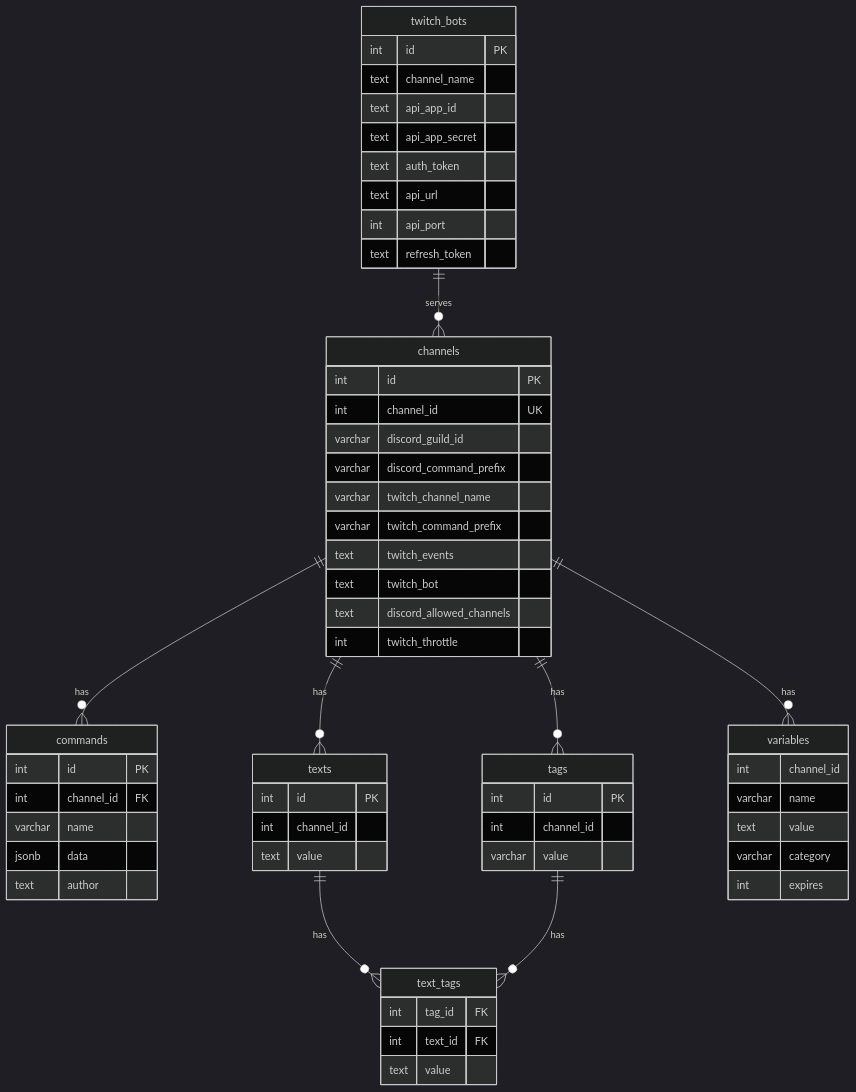
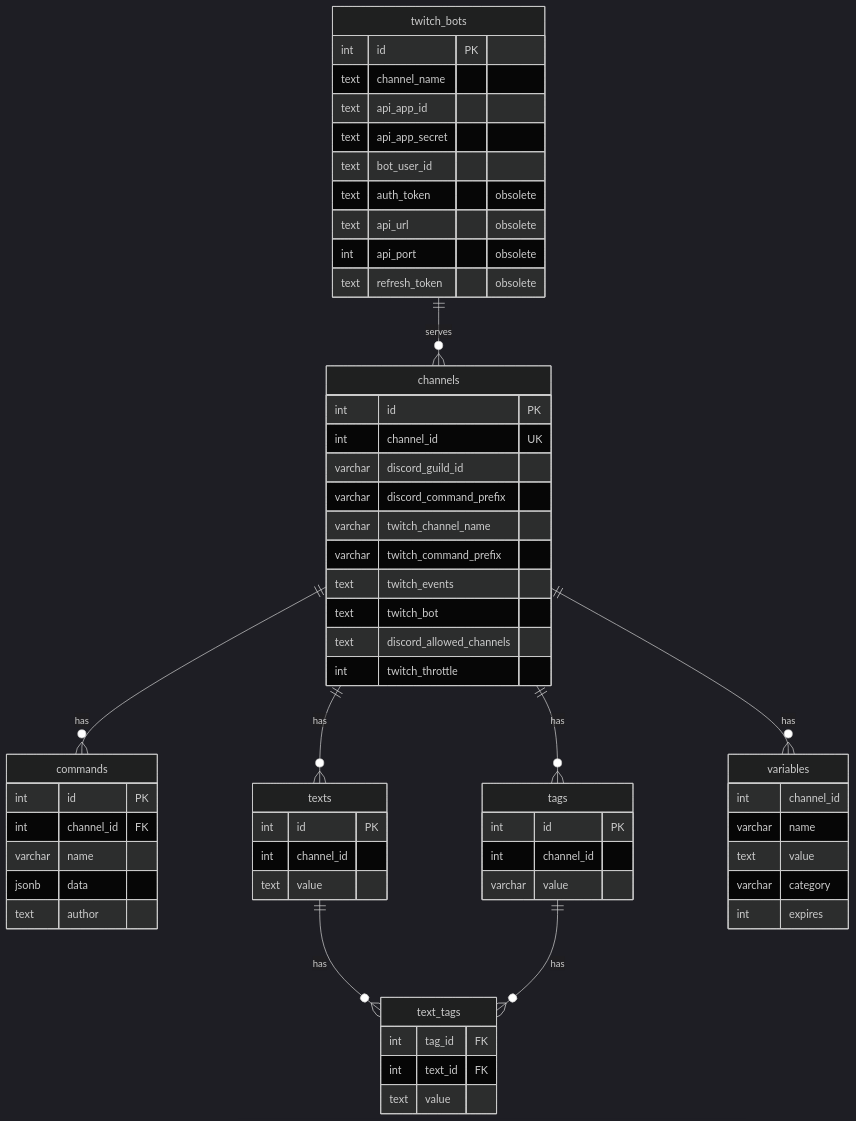
The third of 3 diagrams in docs/architecture.md (metaflow/moon-rabbit), drawn with Mermaid (dark theme) before and after one commit. The commit also changed other lines of this file and 15 other files, not shown here.

````diff
--- a/docs/architecture.md
+++ b/docs/architecture.md
@@ -105,68 +105,69 @@
 ```mermaid
 erDiagram
     channels {
         int id PK
         int channel_id UK
         varchar discord_guild_id
         varchar discord_command_prefix
         varchar twitch_channel_name
         varchar twitch_command_prefix
         text twitch_events
         text twitch_bot
         text discord_allowed_channels
         int twitch_throttle
     }
 
     commands {
         int id PK
         int channel_id FK
         varchar name
         jsonb data
         text author
     }
 
     texts {
         int id PK
         int channel_id
         text value
     }
 
     tags {
         int id PK
         int channel_id
         varchar value
     }
 
     text_tags {
         int tag_id FK
         int text_id FK
         text value
     }
 
     variables {
         int channel_id
         varchar name
         text value
         varchar category
         int expires
     }
 
     twitch_bots {
         int id PK
         text channel_name
         text api_app_id
         text api_app_secret
-        text auth_token
-        text api_url
-        int api_port
-        text refresh_token
+        text bot_user_id
+        text auth_token "obsolete"
+        text api_url "obsolete"
+        int api_port "obsolete"
+        text refresh_token "obsolete"
     }
 
     channels ||--o{ commands : "has"
     channels ||--o{ texts : "has"
     channels ||--o{ tags : "has"
     channels ||--o{ variables : "has"
     texts ||--o{ text_tags : "has"
     tags ||--o{ text_tags : "has"
     twitch_bots ||--o{ channels : "serves"
 ```
````
